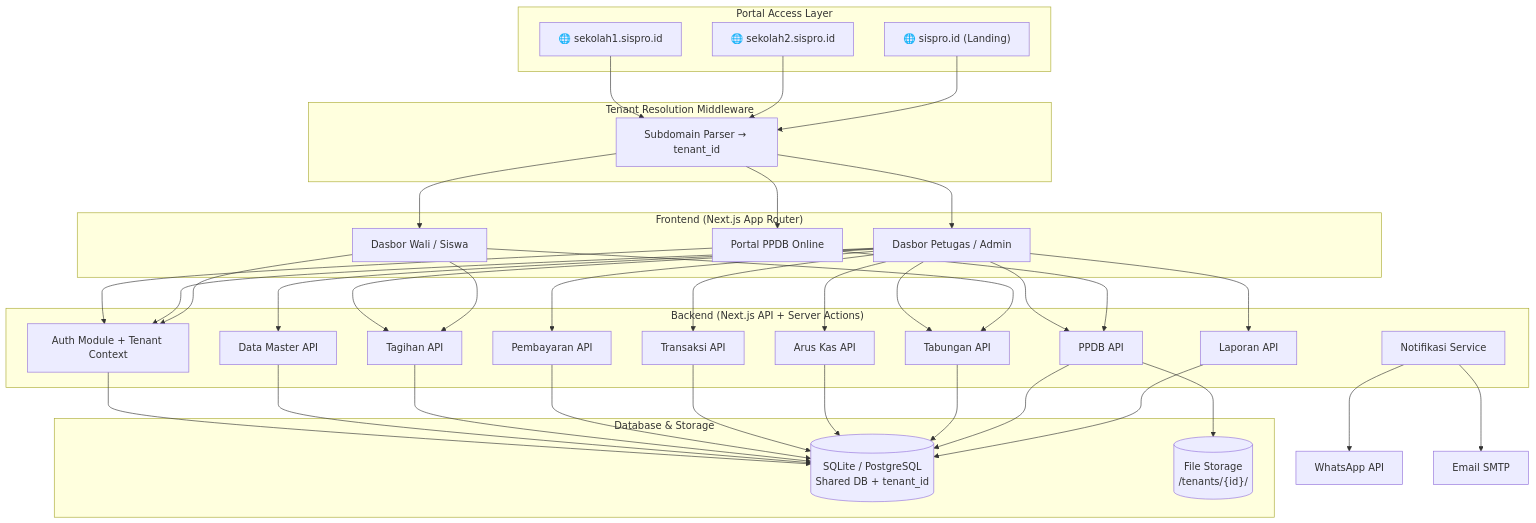
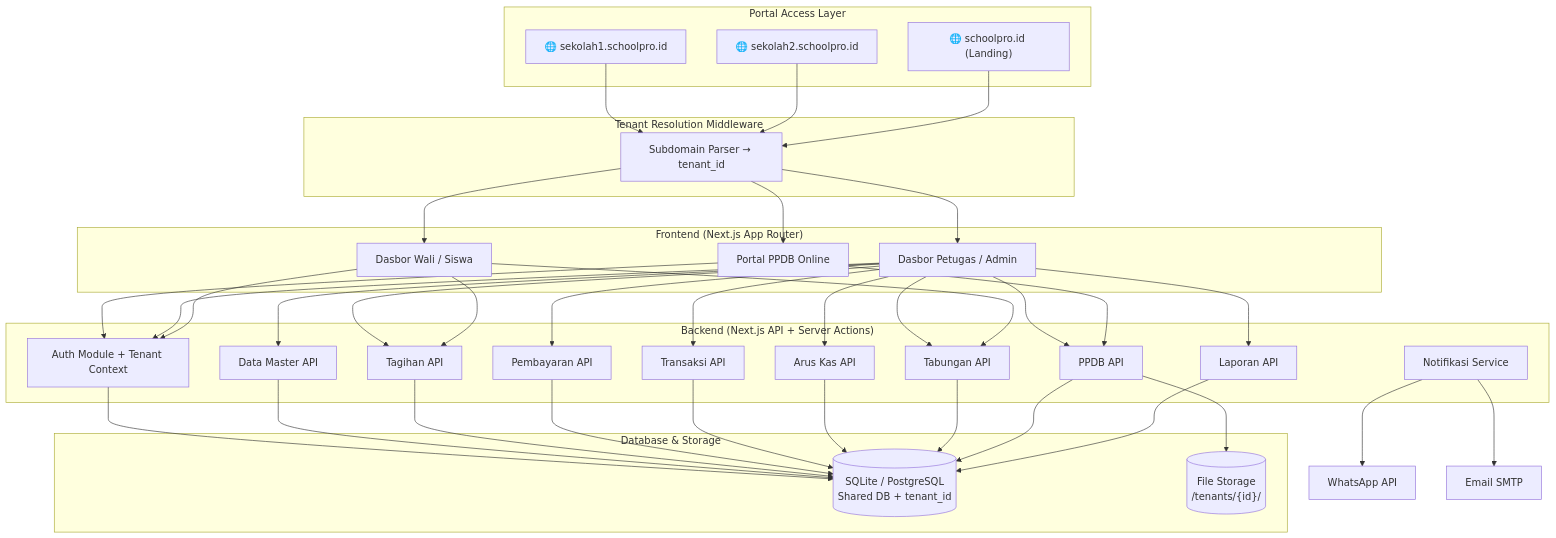
One commit to aburasyidalfatih/schoolpro changed the first of 3 diagrams in docs/01_implementation_plan.md. Above: the diagram before and after it, drawn with Mermaid. The commit also changed other lines of this file and 158 other files, not shown here.

````diff
--- a/docs/01_implementation_plan.md
+++ b/docs/01_implementation_plan.md
@@ -66,48 +66,48 @@
 ```mermaid
 graph TB
     subgraph "Portal Access Layer"
-        R["🌐 sekolah1.sispro.id"] 
-        S["🌐 sekolah2.sispro.id"]
-        T["🌐 sispro.id (Landing)"]
+        R["🌐 sekolah1.schoolpro.id"] 
+        S["🌐 sekolah2.schoolpro.id"]
+        T["🌐 schoolpro.id (Landing)"]
     end
     
     subgraph "Tenant Resolution Middleware"
         U[Subdomain Parser → tenant_id]
     end
     
     subgraph "Frontend (Next.js App Router)"
         A[Portal PPDB Online] 
         B[Dasbor Petugas / Admin]
         C[Dasbor Wali / Siswa]
     end
     
     subgraph "Backend (Next.js API + Server Actions)"
         D[Auth Module + Tenant Context]
         E[Data Master API]
         F[Tagihan API]
         G[Pembayaran API]
         H[Transaksi API]
         I[Arus Kas API]
         J[Tabungan API]
         K[PPDB API]
         L[Laporan API]
         M[Notifikasi Service]
     end
     
     subgraph "Database & Storage"
         N[("SQLite / PostgreSQL<br/>Shared DB + tenant_id")]
         O[("File Storage<br/>/tenants/{id}/")]
     end
     
     R & S --> U
     T --> U
     U --> A & B & C
     A & B & C --> D
     B --> E & F & G & H & I & J & K & L
     C --> F & J
     A --> K
     D & E & F & G & H & I & J & K & L --> N
     K --> O
     M --> P[WhatsApp API]
     M --> Q[Email SMTP]
 ```
````
